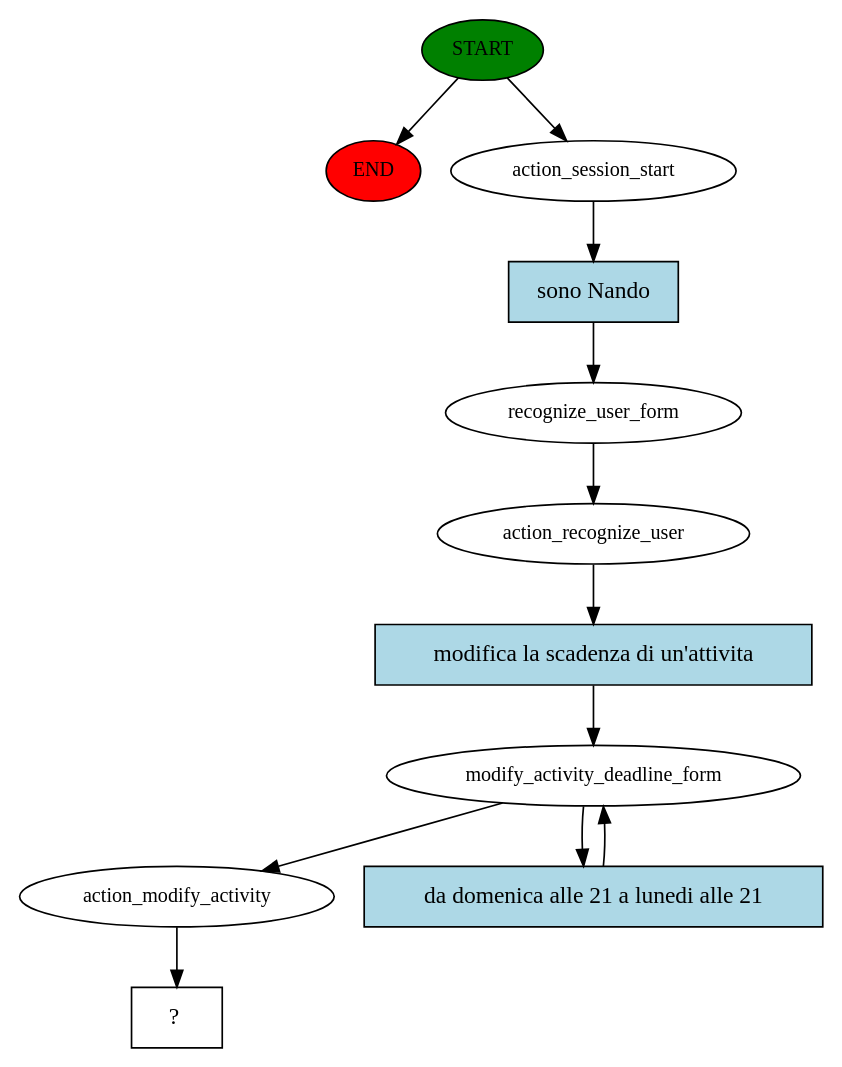
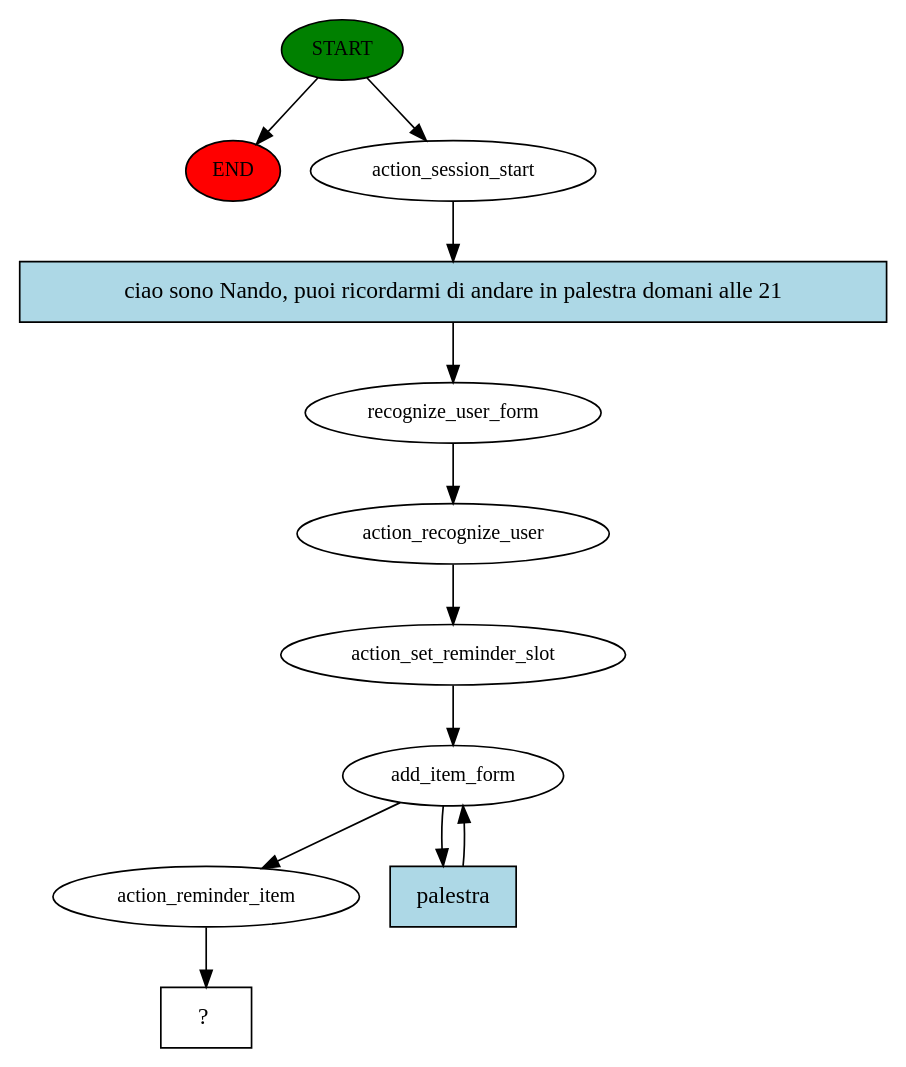
Before and after one commit to CamillaSpi/AI-To-Do-Assistant-Robot: the diagram in src/rasa_ros/Cogrob_rasa_midterm/story_graph.dot, drawn with Graphviz. The commit also changed 4 other files, not shown here.

```diff
--- a/src/rasa_ros/Cogrob_rasa_midterm/story_graph.dot
+++ b/src/rasa_ros/Cogrob_rasa_midterm/story_graph.dot
@@ -1,24 +1,24 @@
 digraph  {
 0 [class="start active", fillcolor=green, fontsize=12, label=START, style=filled];
 "-1" [class=end, fillcolor=red, fontsize=12, label=END, style=filled];
 1 [class=active, fontsize=12, label=action_session_start];
 2 [class=active, fontsize=12, label=recognize_user_form];
 3 [class=active, fontsize=12, label=action_recognize_user];
-4 [class=active, fontsize=12, label=modify_activity_deadline_form];
-8 [class=active, fontsize=12, label=action_modify_activity];
-9 [class="intent dashed active", label="  ?  ", shape=rect];
-10 [class="intent active", fillcolor=lightblue, label="sono Nando", shape=rect, style=filled];
-11 [class="intent active", fillcolor=lightblue, label="modifica la scadenza di un'attivita", shape=rect, style=filled];
-12 [class="intent active", fillcolor=lightblue, label="da domenica alle 21 a lunedi alle 21", shape=rect, style=filled];
+4 [class=active, fontsize=12, label=action_set_reminder_slot];
+5 [class=active, fontsize=12, label=add_item_form];
+7 [class=active, fontsize=12, label=action_reminder_item];
+8 [class="intent dashed active", label="  ?  ", shape=rect];
+9 [class="intent active", fillcolor=lightblue, label="ciao sono Nando, puoi ricordarmi di andare in palestra domani alle 21", shape=rect, style=filled];
+10 [class="intent active", fillcolor=lightblue, label=palestra, shape=rect, style=filled];
 0 -> "-1"  [class="", key=NONE, label=""];
 0 -> 1  [class=active, key=NONE, label=""];
-1 -> 10  [class=active, key=0];
+1 -> 9  [class=active, key=0];
 2 -> 3  [class=active, key=NONE, label=""];
-3 -> 11  [class=active, key=0];
-4 -> 8  [class=active, key=NONE, label=""];
-4 -> 12  [class=active, key=0];
-8 -> 9  [class=active, key=NONE, label=""];
-10 -> 2  [class=active, key=0];
-11 -> 4  [class=active, key=0];
-12 -> 4  [class=active, key=0];
+3 -> 4  [class=active, key=NONE, label=""];
+4 -> 5  [class=active, key=NONE, label=""];
+5 -> 7  [class=active, key=NONE, label=""];
+5 -> 10  [class=active, key=0];
+7 -> 8  [class=active, key=NONE, label=""];
+9 -> 2  [class=active, key=0];
+10 -> 5  [class=active, key=0];
 }
```
